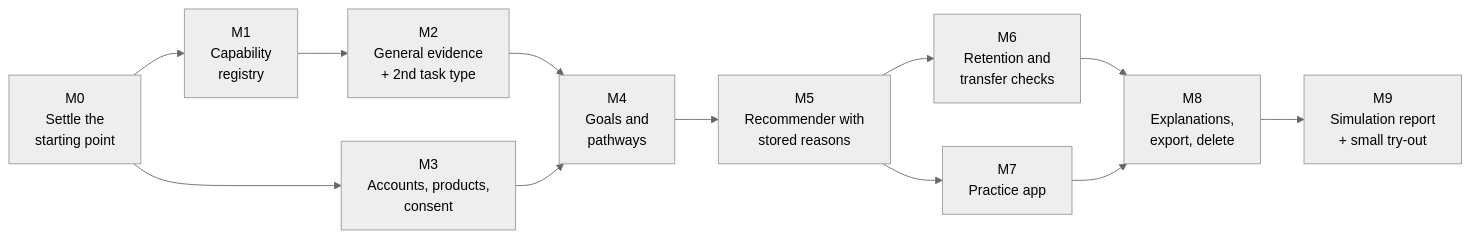
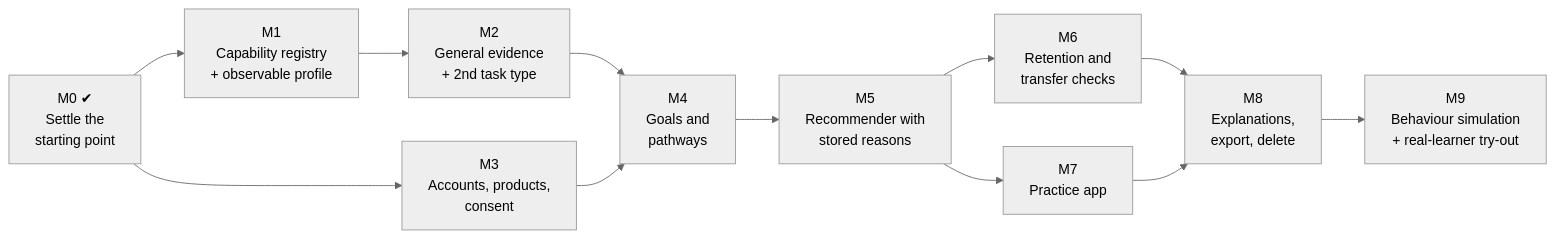
One commit to premsethutmc/openpath changed the diagram in docs/V1_IMPLEMENTATION_PLAN.md. Above: the diagram before and after it, drawn with Mermaid (neutral theme). The commit also changed other lines of this file and 6 other files, not shown here.

````diff
--- a/docs/V1_IMPLEMENTATION_PLAN.md
+++ b/docs/V1_IMPLEMENTATION_PLAN.md
@@ -67,14 +86,14 @@
 ```mermaid
 flowchart LR
-    M0["M0<br/>Settle the<br/>starting point"] --> M1["M1<br/>Capability<br/>registry"]
+    M0["M0 ✔<br/>Settle the<br/>starting point"] --> M1["M1<br/>Capability registry<br/>+ observable profile"]
     M1 --> M2["M2<br/>General evidence<br/>+ 2nd task type"]
     M0 --> M3["M3<br/>Accounts, products,<br/>consent"]
     M2 --> M4["M4<br/>Goals and<br/>pathways"]
     M3 --> M4
     M4 --> M5["M5<br/>Recommender with<br/>stored reasons"]
     M5 --> M6["M6<br/>Retention and<br/>transfer checks"]
     M5 --> M7["M7<br/>Practice app"]
     M6 --> M8["M8<br/>Explanations,<br/>export, delete"]
     M7 --> M8
-    M8 --> M9["M9<br/>Simulation report<br/>+ small try-out"]
+    M8 --> M9["M9<br/>Behaviour simulation<br/>+ real-learner try-out"]
 ```
````
